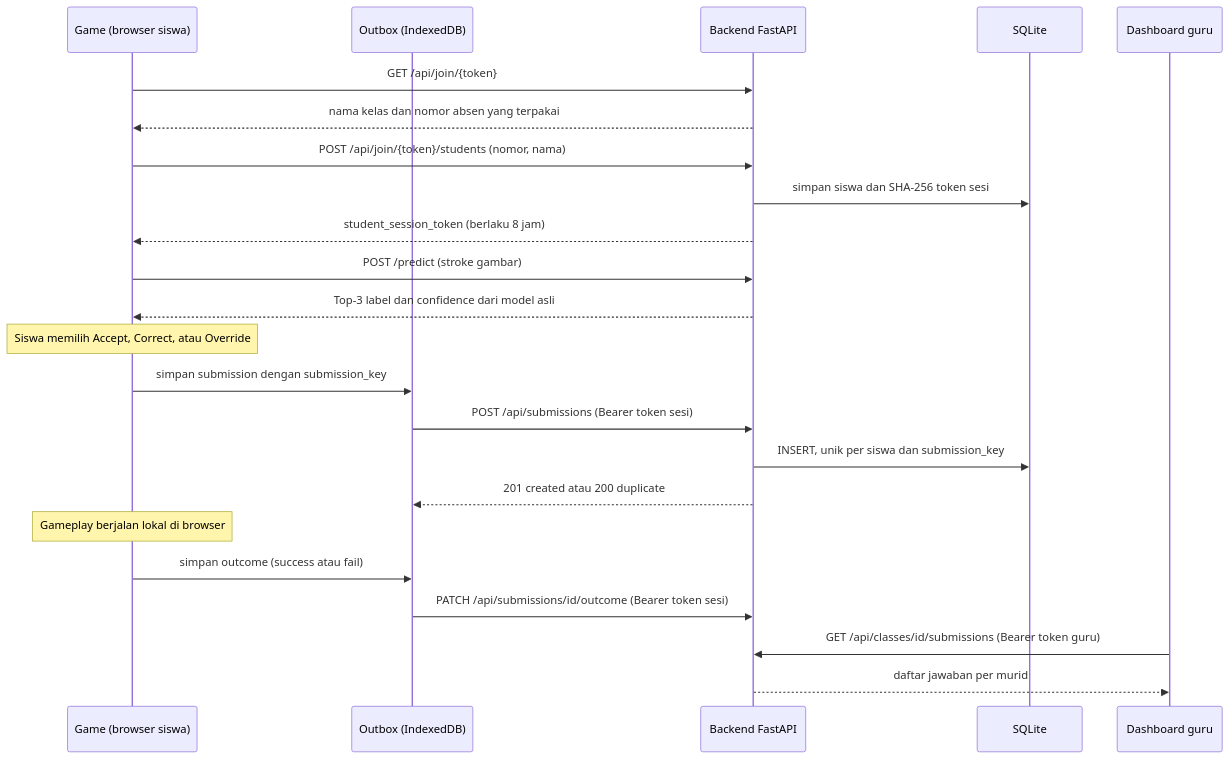
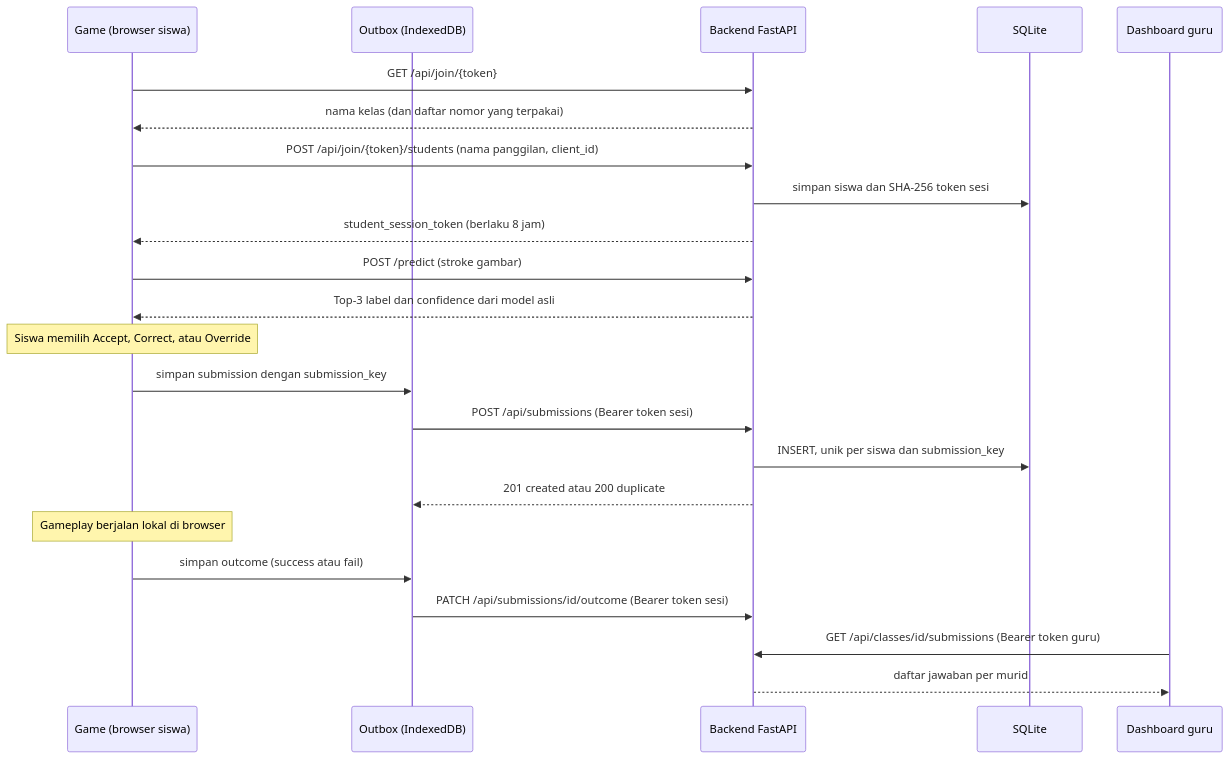
One commit to lustresense/hitl-momo changed the second of 3 diagrams in docs/architecture/README.md. Above: the diagram before and after it, drawn with Mermaid. The commit also changed other lines of this file and 28 other files, not shown here.

````diff
--- a/docs/architecture/README.md
+++ b/docs/architecture/README.md
@@ -47,26 +47,26 @@
 ```mermaid
 sequenceDiagram
     participant G as Game (browser siswa)
     participant O as Outbox (IndexedDB)
     participant B as Backend FastAPI
     participant DB as SQLite
     participant A as Dashboard guru
 
     G->>B: GET /api/join/{token}
-    B-->>G: nama kelas dan nomor absen yang terpakai
-    G->>B: POST /api/join/{token}/students (nomor, nama)
+    B-->>G: nama kelas (dan daftar nomor yang terpakai)
+    G->>B: POST /api/join/{token}/students (nama panggilan, client_id)
     B->>DB: simpan siswa dan SHA-256 token sesi
     B-->>G: student_session_token (berlaku 8 jam)
     G->>B: POST /predict (stroke gambar)
     B-->>G: Top-3 label dan confidence dari model asli
     Note over G: Siswa memilih Accept, Correct, atau Override
     G->>O: simpan submission dengan submission_key
     O->>B: POST /api/submissions (Bearer token sesi)
     B->>DB: INSERT, unik per siswa dan submission_key
     B-->>O: 201 created atau 200 duplicate
     Note over G: Gameplay berjalan lokal di browser
     G->>O: simpan outcome (success atau fail)
     O->>B: PATCH /api/submissions/id/outcome (Bearer token sesi)
     A->>B: GET /api/classes/id/submissions (Bearer token guru)
     B-->>A: daftar jawaban per murid
 ```
````
